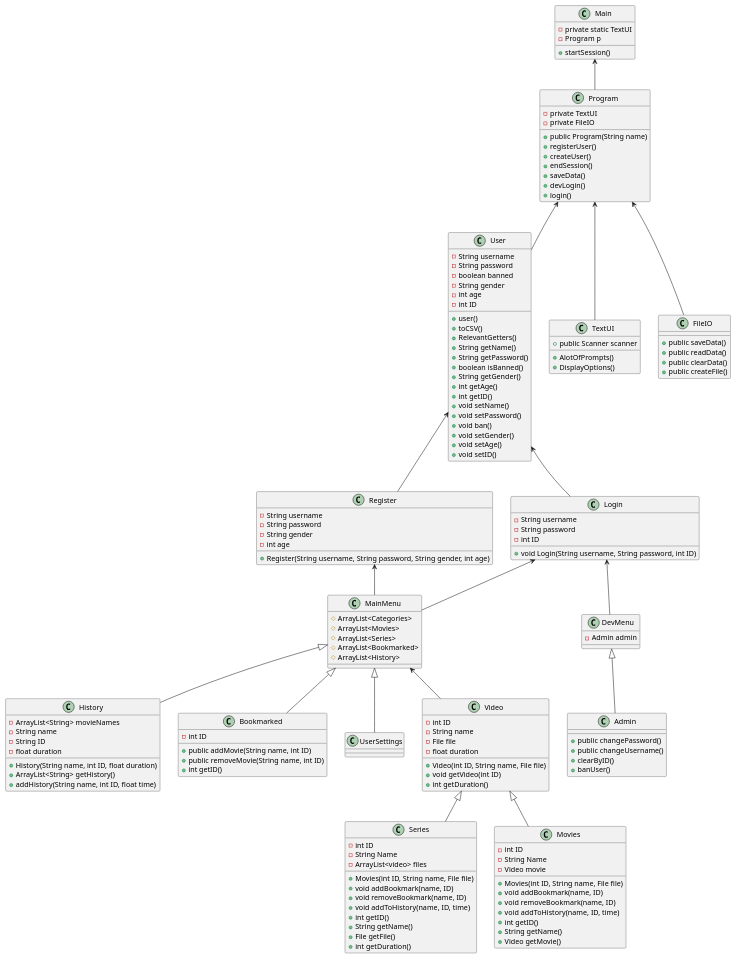
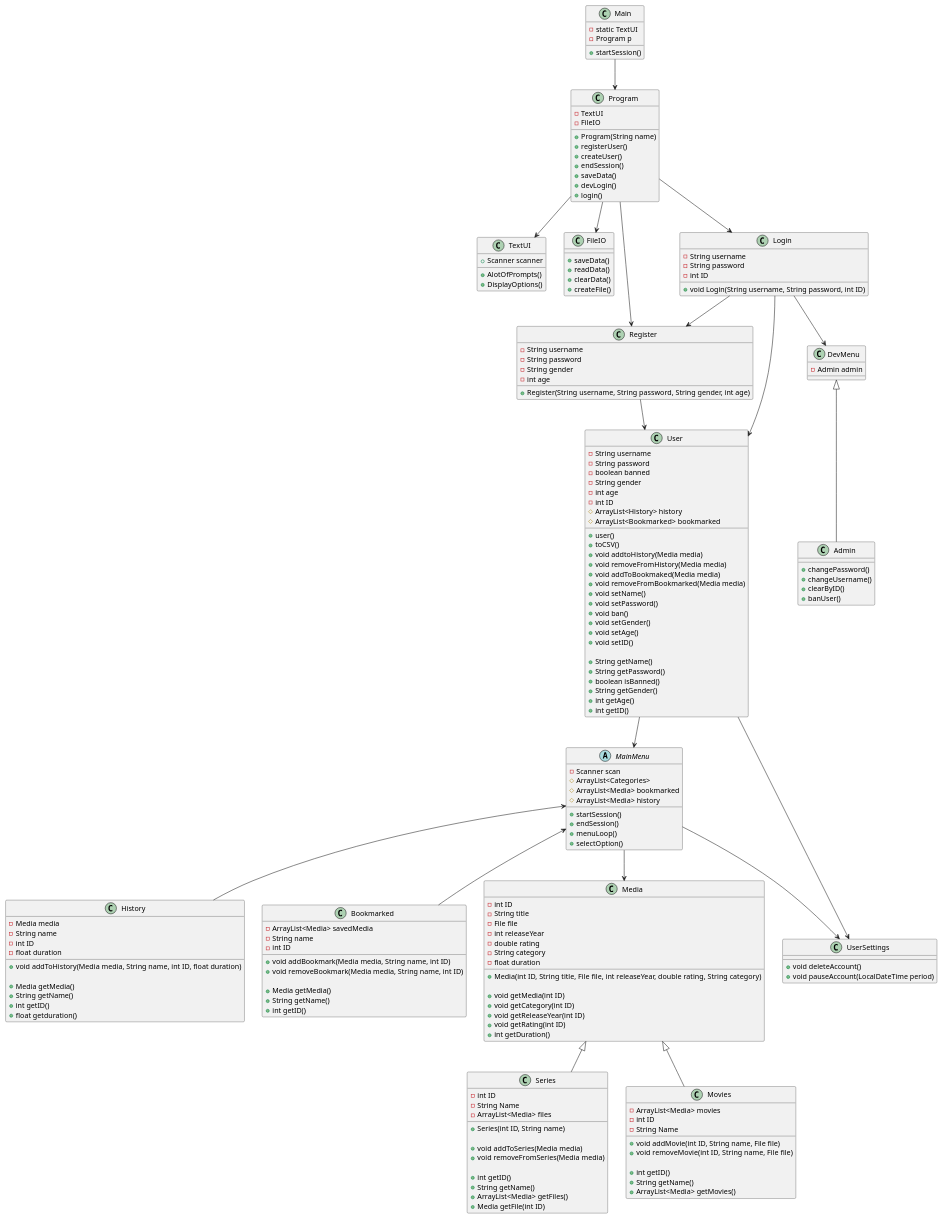
The diagram in Project/docs/classDiagram_new_v0.puml (Guacamoleboy/SP3), drawn with PlantUML before and after one commit. The commit also changed 1 other file, not shown here.

Commit message:
Updated class diagram
Finished the class diagram and fixed wrong extends

```diff
--- a/Project/docs/classDiagram_new_v0.puml
+++ b/Project/docs/classDiagram_new_v0.puml
@@ -9,7 +9,7 @@
 class User
 class TextUI
 class FileIO
-class MainMenu
+abstract class MainMenu
 class DevMenu
 class Register
 class Login
@@ -19,174 +19,218 @@
 class Bookmarked
 class Admin
 class UserSettings
-class Video
+class Media
 
 'Sequence
-Main <-- Program
-Program <-- TextUI
-Program <-- FileIO
-Program <-- User
-User <-- Register
-User <-- Login
-Register <-- MainMenu
-Login <-- DevMenu
-Login <-- MainMenu
-Video <|-- Series
-Video <|-- Movies
-MainMenu <|-- Bookmarked
-MainMenu <|-- History
-MainMenu <|-- UserSettings
+Main --> Program
+Program --> TextUI
+Program --> FileIO
+Program --> Register
+Program --> Login
+Login --> User
+Login --> Register
+Register --> User
+User --> MainMenu
+Login --> DevMenu
+Media <|-- Series
+Media <|-- Movies
+MainMenu <-- Bookmarked
+MainMenu <-- History
+MainMenu --> UserSettings
 DevMenu <|-- Admin
-MainMenu <-- Video
+MainMenu --> Media
+User --> UserSettings
 
 'Class
 class Main{
-    -private static TextUI
+    - static TextUI
     -Program p
     +startSession()
 }
 
 class Program{
-    -private TextUI
-    -private FileIO
-    +public Program(String name)
-    +registerUser()
-    +createUser()
-    +endSession()
-    +saveData()
-    +devLogin()
-    +login()
+    - TextUI
+    - FileIO
+    + Program(String name)
+    + registerUser()
+    + createUser()
+    + endSession()
+    + saveData()
+    + devLogin()
+    + login()
 }
 
 class FileIO{
-    +public saveData()
-    +public readData()
-    +public clearData()
-    +public createFile()
+    + saveData()
+    + readData()
+    + clearData()
+    + createFile()
 }
 
 class TextUI{
-    +AlotOfPrompts()
-    +DisplayOptions()
-    +public Scanner scanner
+    + AlotOfPrompts()
+    + DisplayOptions()
+    + Scanner scanner
 }
 
 class User{
-    -String username
-    -String password
-    -boolean banned
-    -String gender
-    -int age
-    -int ID
-    +user()
-    +toCSV()
-    +RelevantGetters()
-    +String getName()
-    +String getPassword()
-    +boolean isBanned()
-    +String getGender()
-    +int getAge()
-    +int getID()
-    +void setName()
-    +void setPassword()
-    +void ban()
-    +void setGender()
-    +void setAge()
-    +void setID()
+    - String username
+    - String password
+    - boolean banned
+    - String gender
+    - int age
+    - int ID
+    # ArrayList<History> history
+    # ArrayList<Bookmarked> bookmarked
+
+    'Setters
+    + user()
+    + toCSV()
+    + void addtoHistory(Media media)
+    + void removeFromHistory(Media media)
+    + void addToBookmaked(Media media)
+    + void removeFromBookmarked(Media media)
+    + void setName()
+    + void setPassword()
+    + void ban()
+    + void setGender()
+    + void setAge()
+    + void setID()
+
+    'Getters
+    + String getName()
+    + String getPassword()
+    + boolean isBanned()
+    + String getGender()
+    + int getAge()
+    + int getID()
 }
 
 class Register{
-    -String username
-    -String password
-    -String gender
-    -int age
-    +Register(String username, String password, String gender, int age)
+    - String username
+    - String password
+    - String gender
+    - int age
+    + Register(String username, String password, String gender, int age)
 }
 
 class Login{
-    -String username
-    -String password
-    -int ID
-    +void Login(String username, String password, int ID)
+    - String username
+    - String password
+    - int ID
+    + void Login(String username, String password, int ID)
 }
 
-class MainMenu{
-    #ArrayList<Categories>
-    #ArrayList<Movies>
-    #ArrayList<Series>
-    #ArrayList<Bookmarked>
-    #ArrayList<History>
+abstract class MainMenu{
+    -Scanner scan
+    # ArrayList<Categories>
+    # ArrayList<Media> bookmarked
+    # ArrayList<Media> history
+    + startSession()
+    + endSession()
+    'Hvis vi laver GUI
+    + menuLoop()
+    'Hvis vi laver kun tekstbaseret
+    + selectOption()
+
 }
 
 class DevMenu{
-    -Admin admin
+    - Admin admin
+}
+
+class Admin{
+    + changePassword()
+    + changeUsername()
+    + clearByID()
+    + banUser()
+}
+
+class Media {
+    - int ID
+    - String title
+    - File file
+    - int releaseYear
+    - double rating
+    - String category
+    - float duration
+    + Media(int ID, String title, File file, int releaseYear, double rating, String category)
+
+    ' Getters
+    + void getMedia(int ID)
+    + void getCategory(int ID)
+    + void getReleaseYear(int ID)
+    + void getRating(int ID)
+    + int getDuration()
+}
+
+class Movies{
+    - ArrayList<Media> movies
+    - int ID
+    - String Name
+    'Setters
+    + void addMovie(int ID, String name, File file)
+    + void removeMovie(int ID, String name, File file)
+
+    ' Getters
+    + int getID()
+    + String getName()
+    + ArrayList<Media> getMovies()
+}
+
+class Series {
+    'Havde forestillet mig at lave name+ID som ID på serien
+    - int ID
+    - String Name
+    - ArrayList<Media> files
+    + Series(int ID, String name)
+
+    'Setter
+    + void addToSeries(Media media)
+    + void removeFromSeries(Media media)
+
+    'Getters
+    + int getID()
+    + String getName()
+    + ArrayList<Media> getFiles()
+    + Media getFile(int ID)
+}
+
+
+class History{
+    - Media media
+    - String name
+    - int ID
+    - float duration
+    + void addToHistory(Media media, String name, int ID, float duration)
+
+    ' Getters
+    + Media getMedia()
+    + String getName()
+    + int getID()
+    + float getduration()
 }
 
 class Bookmarked{
-    -int ID
-    +public addMovie(String name, int ID)
-    +public removeMovie(String name, int ID)
-    +int getID()
+    - ArrayList<Media> savedMedia
+    - String name
+    - int ID
+    + void addBookmark(Media media, String name, int ID)
+    + void removeBookmark(Media media, String name, int ID)
 
-}
-
-class Admin{
-    +public changePassword()
-    +public changeUsername()
-    +clearByID()
-    +banUser()
-}
-
-class Movies{
-    -int ID
-    -String Name
-    -Video movie
-    +Movies(int ID, String name, File file)
-    +void addBookmark(name, ID)
-    +void removeBookmark(name, ID)
-    +void addToHistory(name, ID, time)
-    +int getID()
-    +String getName()
-    +Video getMovie()
-}
-
-class Series{
-    -int ID
-    -String Name
-    -ArrayList<video> files
-    +Movies(int ID, String name, File file)
-    +void addBookmark(name, ID)
-    +void removeBookmark(name, ID)
-    +void addToHistory(name, ID, time)
-    +int getID()
-    +String getName()
-    +File getFile()
-    +int getDuration()
-}
-
-class History{
-    -ArrayList<String> movieNames
-    -String name
-    -String ID
-    -float duration
-    +History(String name, int ID, float duration)
-    +ArrayList<String> getHistory()
-    +addHistory(String name, int ID, float time)
+    'Getters
+    + Media getMedia()
+    + String getName()
+    + int getID()
 }
 
 class UserSettings{
-
-}
-
-class Video {
-    -int ID
-    -String name
-    -File file
-    -float duration
-    +Video(int ID, String name, File file)
-    +void getVideo(int ID)
-    +int getDuration()
+    + void deleteAccount()
+    + void pauseAccount(LocalDateTime period)
+   'Kan ikke huske præcist om det hedder LocalDateTime
 }
 
 
+
+
 @enduml
```
